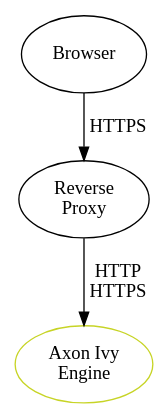
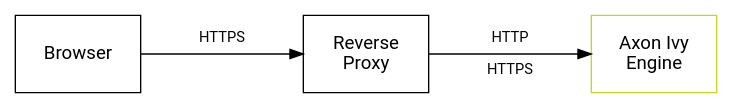
The diagram in source/engine-guide/integration/reverse-proxy/overview.dot (bernhardAxonIvy/doc), drawn with Graphviz before and after one commit. The commit also changed 28 other files, not shown here.

```diff
--- a/source/engine-guide/integration/reverse-proxy/overview.dot
+++ b/source/engine-guide/integration/reverse-proxy/overview.dot
@@ -1,9 +1,17 @@
+digraph overview {
+  layout=neato;
+  node [shape=box, fontname="Roboto,Helvetica Neue,Arial,sans-serif", fixedsize="true", margin=0]; 
+  
+  /* nodes */
+  browser [ label="Browser",             pos="0,0!", height="0.8", width="1.3"];
+  reverseproxy [ label="Reverse\nProxy", pos="3,0!", height="0.8", width="1.3"];
+  engine [label="Axon Ivy\nEngine",      pos="6,0!", height="0.8", width="1.3", color="#C7D426", fontcolor="black"];
+  
+  /* edges */
+  browser -> reverseproxy;
+  reverseproxy -> engine;
 
-digraph overview {
-  browser [ label="Browser", pos = "0,2.5!", width="1.3" height="0.8"];
-  reverseproxy [ label="Reverse\nProxy", pos="3,2.5!" width="1.3" height="0.8"]
-  engine [label="Axon Ivy\nEngine", pos="6,2.5!", height="0.8", width="1.3", color="#C7D426", fontcolor="black"];
-  
-  browser -> reverseproxy [ label="HTTPS"];
-  reverseproxy -> engine [ label="HTTP\nHTTPS" ];
+  /* edge labels */
+  browserreverseproxy [ label="HTTPS\n \n ",  pos="1.5,0!", height="0.8", width="1.7", shape=none, fillcolor=none, fontcolor="black", fontsize="11" ];
+  reverseproxyengine [ label="HTTP\n \nHTTPS",pos="4.5,0!", height="0.8", width="1.7", shape=none, fillcolor=none, fontcolor="black", fontsize="11" ];
 }
```
